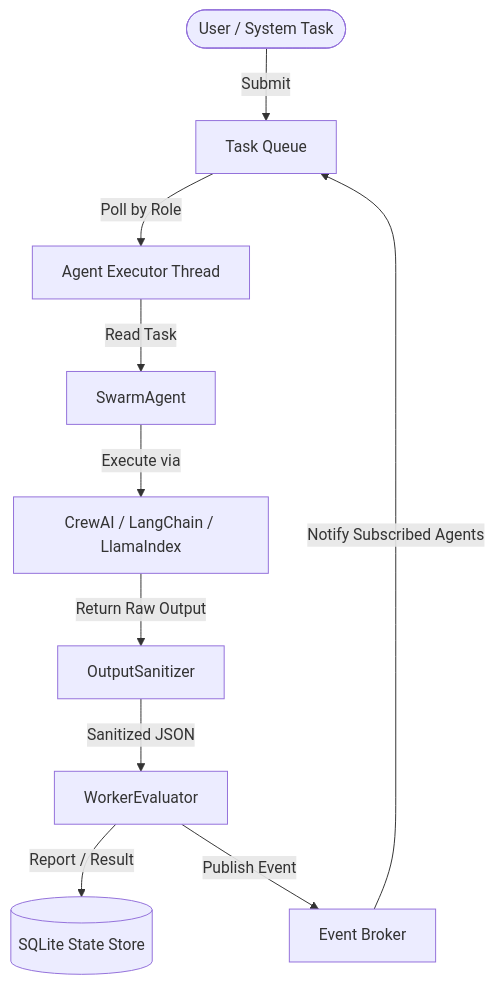
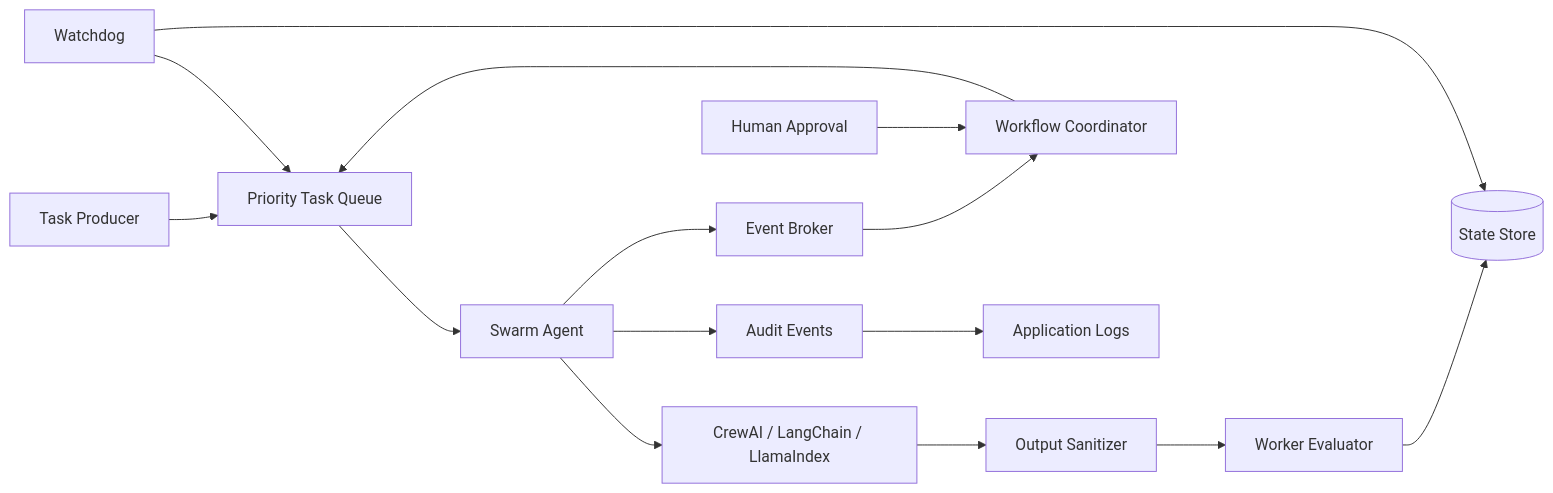
Before and after one commit to AcadifySolution/autonomous-agent-swarm: the diagram in README.md, drawn with Mermaid. The commit also changed other lines of this file, not shown here.

Commit message:
docs: modernize agent swarm readme

````diff
--- a/README.md
+++ b/README.md
@@ -23,12 +30,17 @@
 ```mermaid
-graph TD
-    User([User / System Task]) -->|Submit| TaskQueue[Task Queue]
-    TaskQueue -->|Poll by Role| AgentThread[Agent Executor Thread]
-    AgentThread -->|Read Task| Agent[SwarmAgent]
-    Agent -->|Execute via| Wrapper[CrewAI / LangChain / LlamaIndex]
-    Wrapper -->|Return Raw Output| Sanitizer[OutputSanitizer]
-    Sanitizer -->|Sanitized JSON| Evaluator[WorkerEvaluator]
-    Evaluator -->|Report / Result| StateStore[(SQLite State Store)]
-    Evaluator -->|Publish Event| EventBroker[Event Broker]
-    EventBroker -->|Notify Subscribed Agents| TaskQueue
+flowchart LR
+    Client[Task Producer] --> Queue[Priority Task Queue]
+    Queue --> Worker[Swarm Agent]
+    Worker --> Adapter[CrewAI / LangChain / LlamaIndex]
+    Adapter --> Sanitizer[Output Sanitizer]
+    Sanitizer --> Evaluator[Worker Evaluator]
+    Evaluator --> State[(State Store)]
+    Worker --> Broker[Event Broker]
+    Broker --> Workflow[Workflow Coordinator]
+    Workflow --> Queue
+    HITL[Human Approval] --> Workflow
+    Watchdog[Watchdog] --> State
+    Watchdog --> Queue
+    Audit[Audit Events] --> Logs[Application Logs]
+    Worker --> Audit
 ```
````
